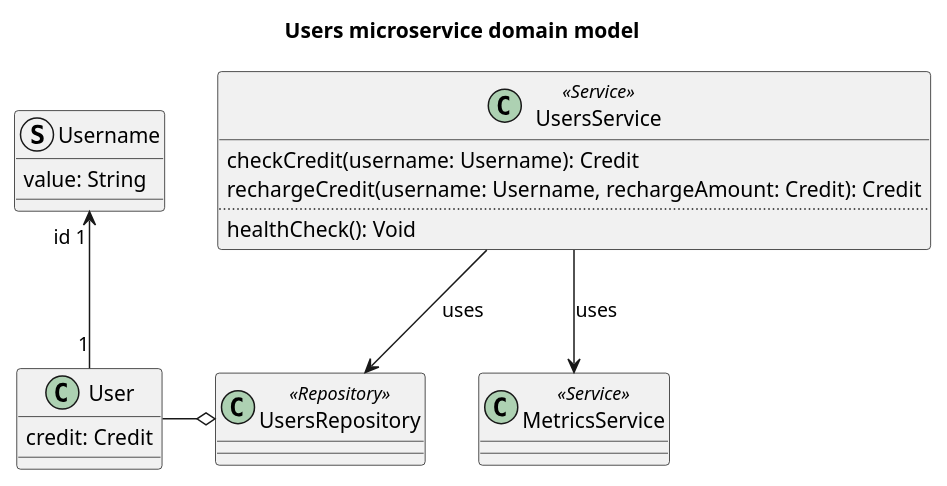
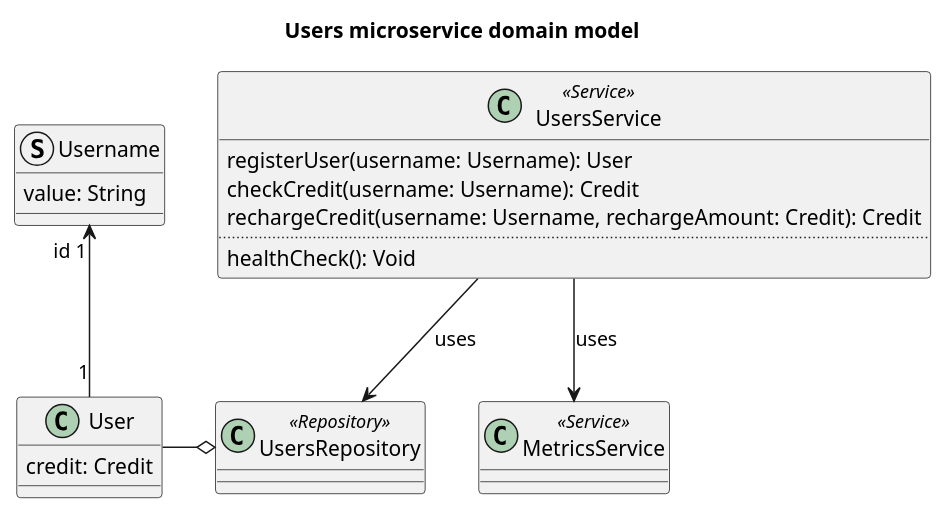
Before and after one commit to Ventus218/SAP-assignment-02: the diagram in doc/diagrams/src/users-microservice-domain-model.puml, drawn with PlantUML. The commit also changed 2 other files, not shown here.

```diff
--- a/doc/diagrams/src/users-microservice-domain-model.puml
+++ b/doc/diagrams/src/users-microservice-domain-model.puml
@@ -1,28 +1,29 @@
 @startuml users-microservice-domain-model
 
 title Users microservice domain model
 
 class User {
     credit: Credit
 }
 struct Username {
     value: String
 }
 User "1" -u-> "id 1" Username
 
 class UsersRepository <<Repository>>
 UsersRepository o-l- User
 
 class UsersService <<Service>> {
+    registerUser(username: Username): User
     checkCredit(username: Username): Credit
     rechargeCredit(username: Username, rechargeAmount: Credit): Credit
     ..
     healthCheck(): Void
 }
 
 UsersService --> UsersRepository : "uses"
 
 class MetricsService <<Service>>
 UsersService --> MetricsService : "uses"
 
 @enduml
```
